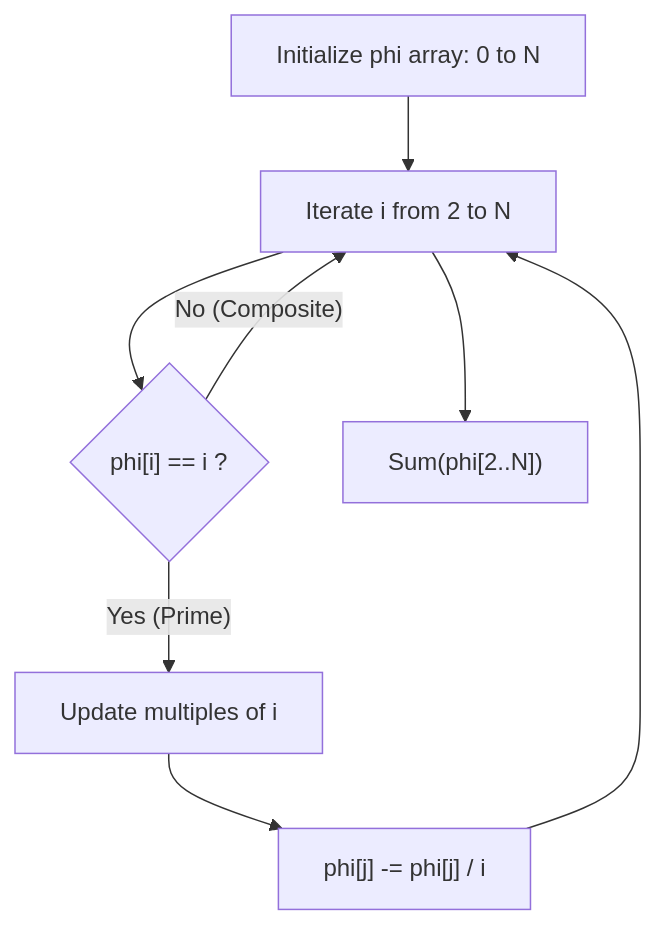
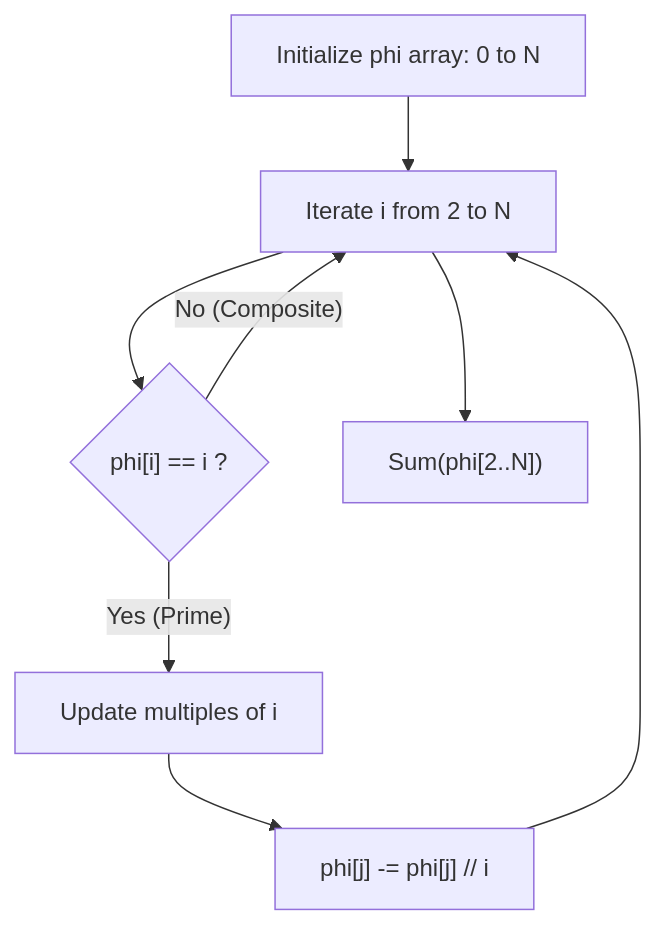
One commit to youngunghan/scitechblog changed the diagram in _posts/2024-10-10-algo-boj-23832-서로소-그래프.md. Above: the diagram before and after it, drawn with Mermaid. The commit also changed 11 other files, not shown here.

````diff
--- a/_posts/2024-10-10-algo-boj-23832-서로소-그래프.md
+++ b/_posts/2024-10-10-algo-boj-23832-서로소-그래프.md
@@ -61,10 +61,10 @@
 ```mermaid
 graph TD
     A["Initialize phi array: 0 to N"] --> B["Iterate i from 2 to N"]
     B --> C{"phi[i] == i ?"}
     C -- Yes (Prime) --> D["Update multiples of i"]
     C -- No (Composite) --> B
-    D --> E["phi[j] -= phi[j] / i"]
+    D --> E["phi[j] -= phi[j] // i"]
     E --> B
     B --> F["Sum(phi[2..N])"]
 ```
````
